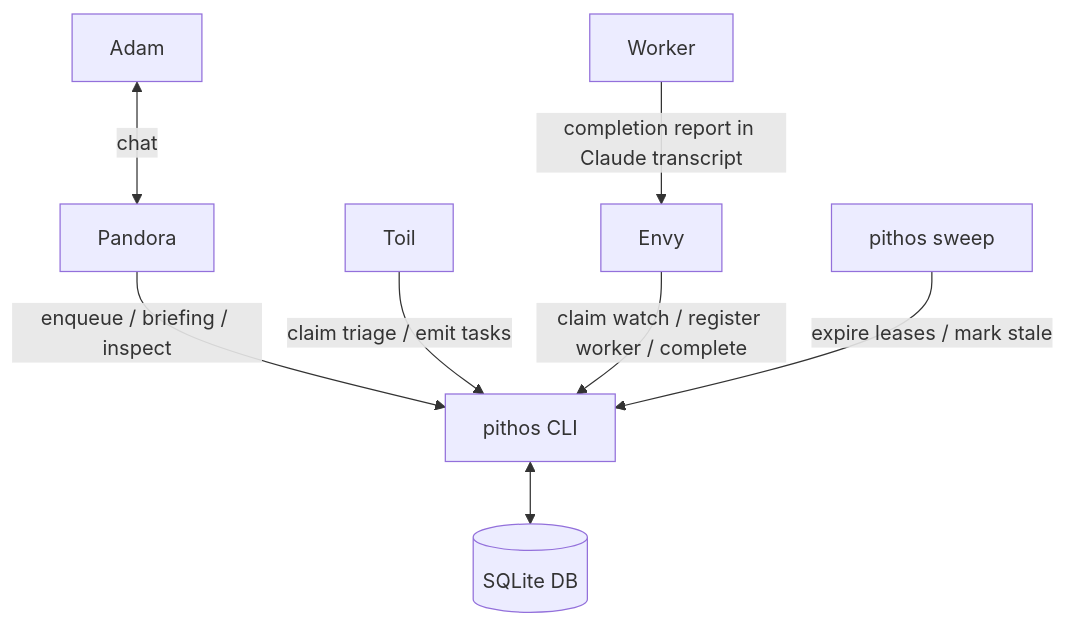
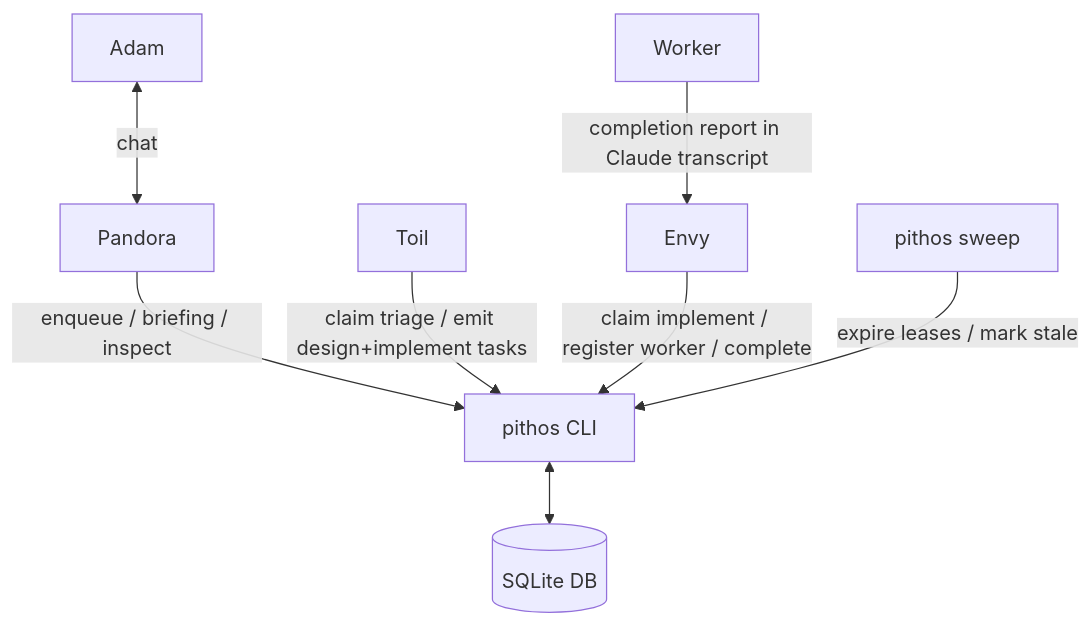
Before and after one commit to codethread/pithos: the first of 2 diagrams in mvp-spec.md, drawn with Mermaid. The commit also changed other lines of this file and 9 other files, not shown here.

First line of the commit message:
feat(spawner): rename Envy queue capability watch → implement (AH-2)

````diff
--- a/mvp-spec.md
+++ b/mvp-spec.md
@@ -141,19 +144,19 @@
 ```mermaid
 flowchart TD
     Adam[Adam]
     Pandora[Pandora]
     Pithos[pithos CLI]
     DB[(SQLite DB)]
     Sweep[pithos sweep]
     Toil[Toil]
     Envy[Envy]
     Worker[Worker]
 
     Adam <-->|chat| Pandora
     Pandora -->|enqueue / briefing / inspect| Pithos
-    Toil -->|claim triage / emit tasks| Pithos
-    Envy -->|claim watch / register worker / complete| Pithos
+    Toil -->|claim triage / emit design+implement tasks| Pithos
+    Envy -->|claim implement / register worker / complete| Pithos
     Worker -->|completion report in Claude transcript| Envy
     Pithos <--> DB
     Sweep -->|expire leases / mark stale| Pithos
 ```
````
